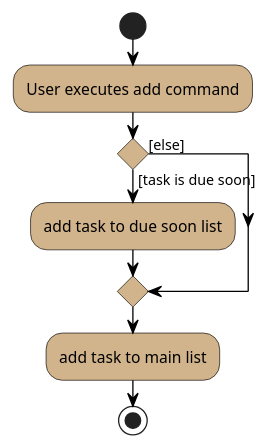
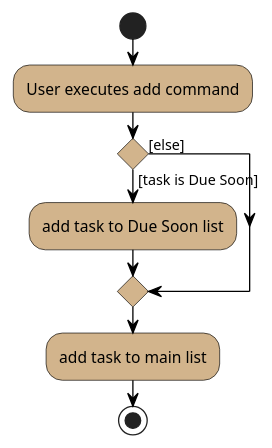
The diagram in docs/diagrams/AddDueSoonActivityDiagram.puml (wyt-sonia/main), drawn with PlantUML before and after one commit. The commit also changed 36 other files, not shown here.

First line of the commit message:
refactor tasks status:   - pending -> Pending   - due soon -> Due Soon   - overdue -> Overdue   - finished -> Finished

```diff
--- a/docs/diagrams/AddDueSoonActivityDiagram.puml
+++ b/docs/diagrams/AddDueSoonActivityDiagram.puml
@@ -1,23 +1,23 @@
 @startuml
 start
 
 skinparam ActivityBackgroundColor #tan
 skinparam ActivityBorderColor #black
 skinparam activityDiamondBorderColor #black
 skinparam activityDiamondBackgroundColor #tan
 skinparam arrowColor #black
 
 :User executes add command;
 
 'Since the beta syntax does not support placing the condition outside the
 'diamond we place it as the true branch instead.
 
-if () then ([task is due soon])
-    :add task to due soon list;
+if () then ([task is Due Soon])
+    :add task to Due Soon list;
 else ([else])
 endif;
 
 :add task to main list;
 
 stop
 @enduml
```
